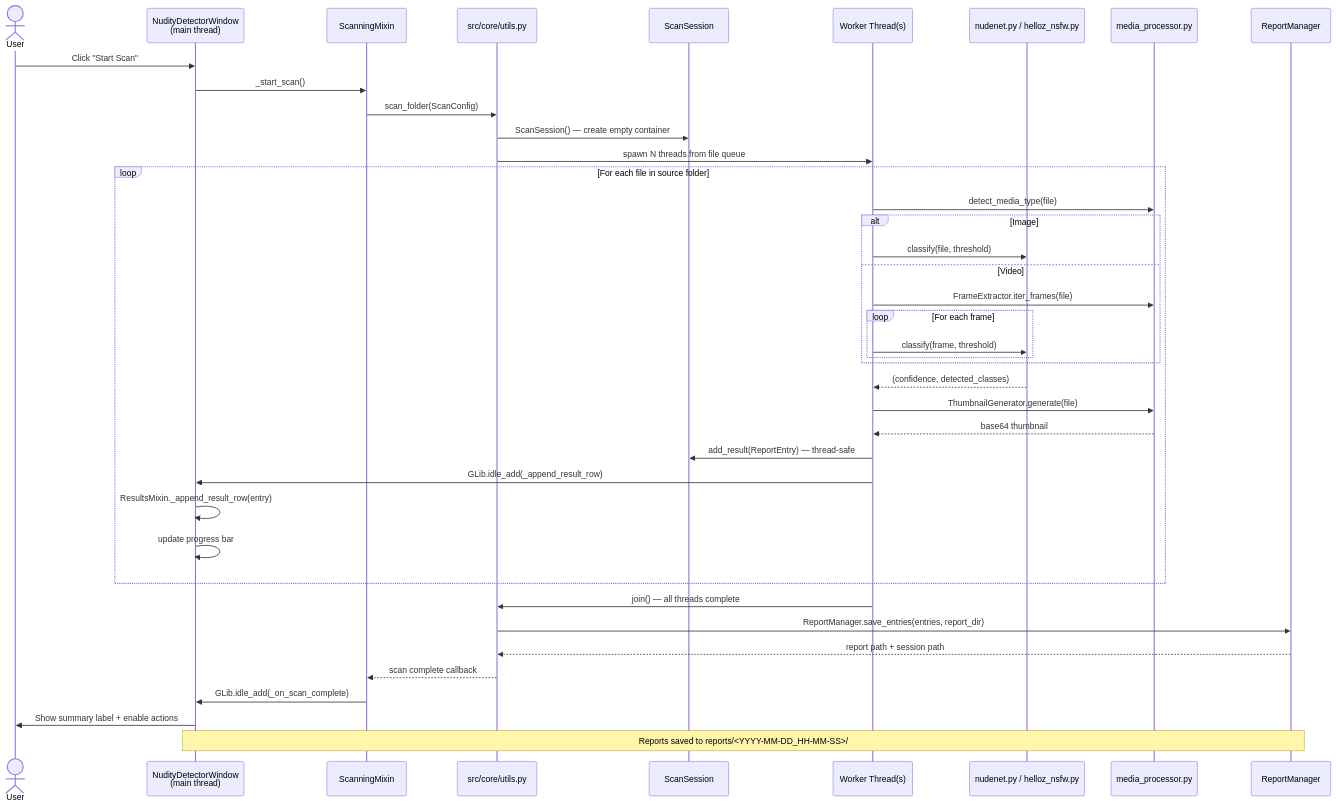
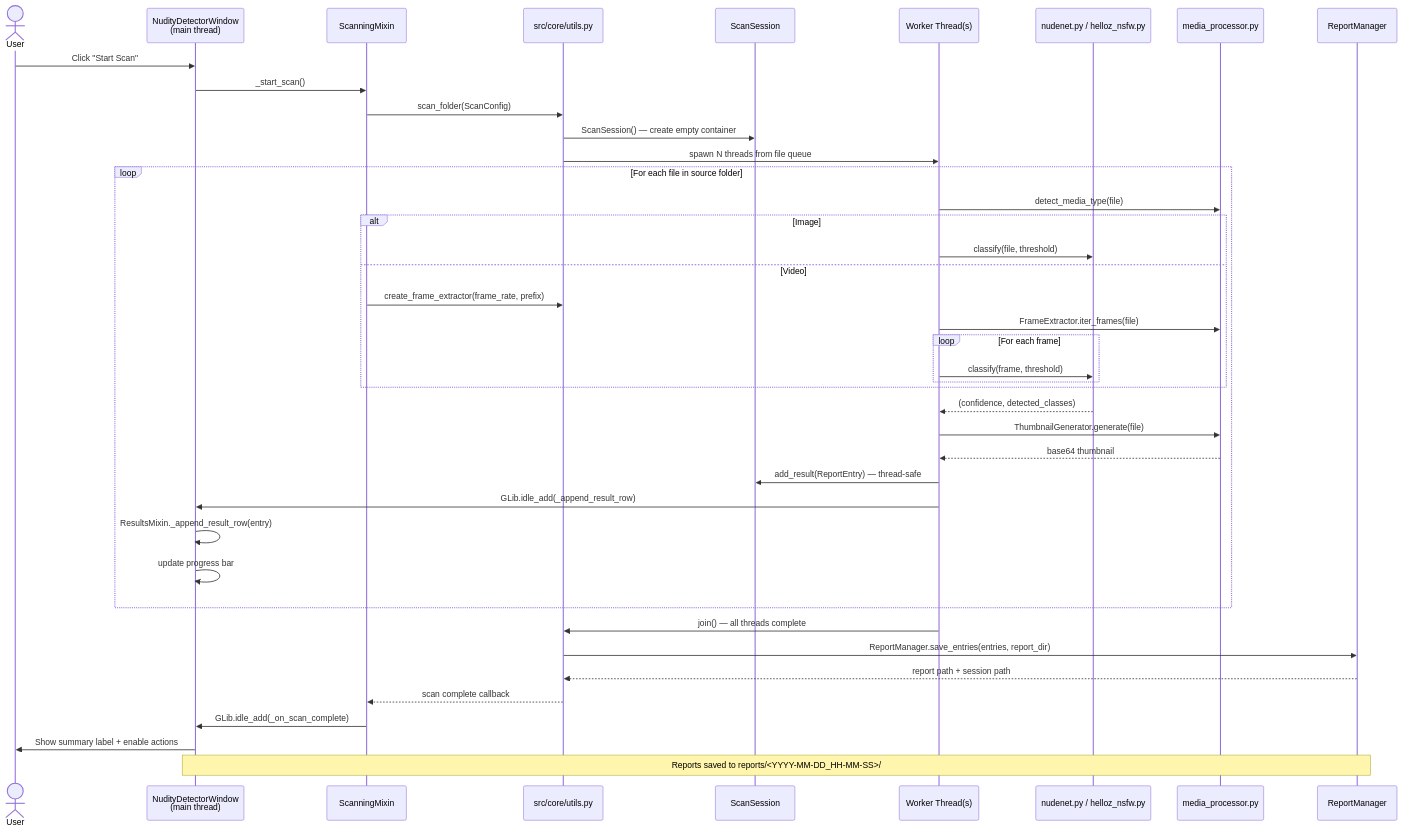
One commit to DewaldOosthuizen/nudity-detector changed the first of 2 diagrams in docs/diagrams/03-scan-data-flow.md. Above: the diagram before and after it, drawn with Mermaid. The commit also changed 3 other files, not shown here.

Commit message:
fix: resolve issue #96 - FRAME: Fix cross-layer dependency: ScanningMixin

````diff
--- a/docs/diagrams/03-scan-data-flow.md
+++ b/docs/diagrams/03-scan-data-flow.md
@@ -7,46 +7,47 @@
 ```mermaid
 sequenceDiagram
     actor User
     participant GUI as NudityDetectorWindow<br/>(main thread)
     participant ScanMixin as ScanningMixin
     participant Utils as src/core/utils.py
     participant Session as ScanSession
     participant Worker as Worker Thread(s)
     participant Detector as nudenet.py / helloz_nsfw.py
     participant MP as media_processor.py
     participant RM as ReportManager
 
     User->>GUI: Click "Start Scan"
     GUI->>ScanMixin: _start_scan()
     ScanMixin->>Utils: scan_folder(ScanConfig)
     Utils->>Session: ScanSession() — create empty container
     Utils->>Worker: spawn N threads from file queue
 
     loop For each file in source folder
         Worker->>MP: detect_media_type(file)
         alt Image
             Worker->>Detector: classify(file, threshold)
         else Video
+            ScanMixin->>Utils: create_frame_extractor(frame_rate, prefix)
             Worker->>MP: FrameExtractor.iter_frames(file)
             loop For each frame
                 Worker->>Detector: classify(frame, threshold)
             end
         end
         Detector-->>Worker: (confidence, detected_classes)
         Worker->>MP: ThumbnailGenerator.generate(file)
         MP-->>Worker: base64 thumbnail
         Worker->>Session: add_result(ReportEntry) — thread-safe
         Worker->>GUI: GLib.idle_add(_append_result_row)
         GUI->>GUI: ResultsMixin._append_result_row(entry)
         GUI->>GUI: update progress bar
     end
 
     Worker->>Utils: join() — all threads complete
     Utils->>RM: ReportManager.save_entries(entries, report_dir)
     RM-->>Utils: report path + session path
     Utils-->>ScanMixin: scan complete callback
     ScanMixin->>GUI: GLib.idle_add(_on_scan_complete)
     GUI->>User: Show summary label + enable actions
 
     Note over GUI,RM: Reports saved to reports/<YYYY-MM-DD_HH-MM-SS>/
 ```
````
